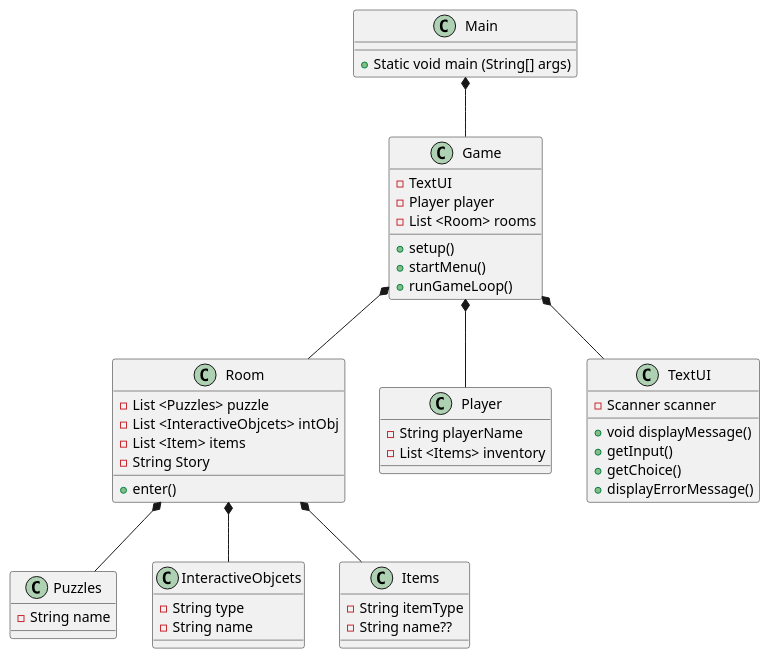
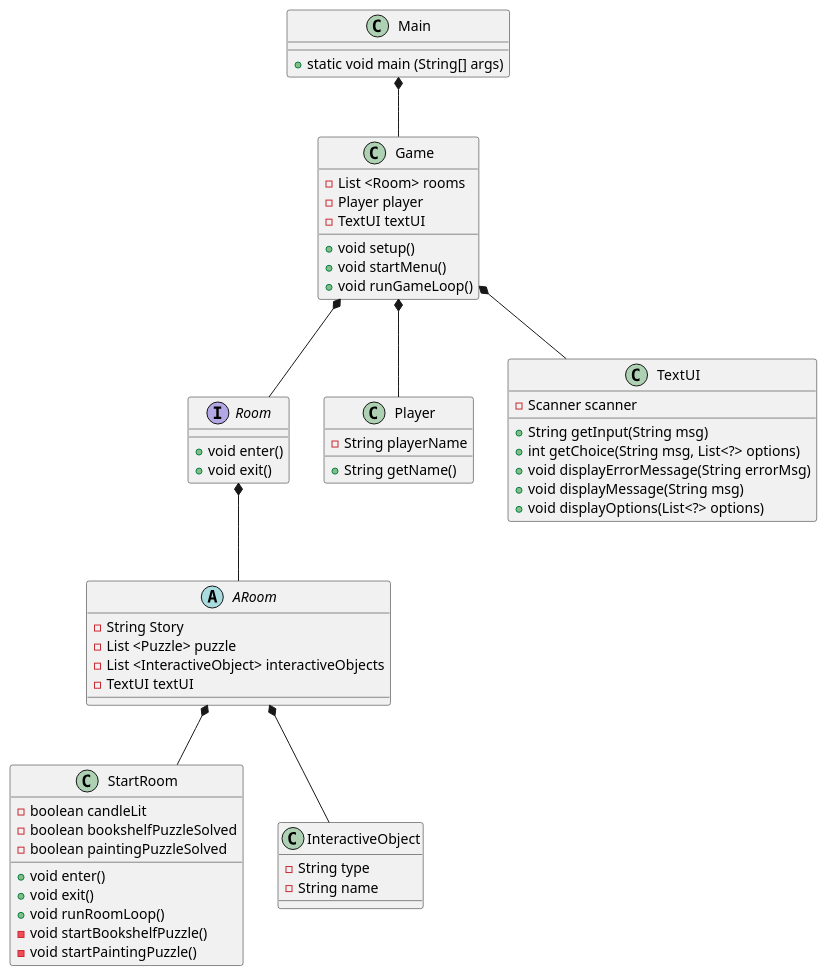
Before and after one commit to Shiihon/ICEProject: the diagram in doc/Classediagram.puml, drawn with PlantUML.

```diff
--- a/doc/Classediagram.puml
+++ b/doc/Classediagram.puml
@@ -1,67 +1,70 @@
 @startuml
 class Main
 class Game
-class Room
+interface Room
+abstract class ARoom
+class StartRoom
 class Player
-class TextUI
-class Puzzles
-class InteractiveObjcets
-class Items
+class InteractiveObject
 
+
+Main : + static void main (String[] args)
 
 
 Main *--Game
 Game *-- Room
 Game *-- Player
-Room *-- Puzzles
-Room *-- InteractiveObjcets
 Game *-- TextUI
-Room *-- Items
+Room *-- ARoom
+ARoom *-- StartRoom
+ARoom *-- InteractiveObject
 
 
+Game : - List <Room> rooms
+Game : - Player player
+Game : - TextUI textUI
 
-Main : + Static void main (String[] args)
-
-Game : - TextUI
-Game : - Player player
-Game : - List <Room> rooms
-Game : + setup()
-Game : + startMenu()
-Game : + runGameLoop()
+Game : + void setup()
+Game : + void startMenu()
+Game : + void runGameLoop()
 
 
-Room : - List <Puzzles> puzzle
-Room : - List <InteractiveObjcets> intObj
-Room : - List <Item> items
-Room : - String Story
-Room : + enter()
+Room : + void enter()
+Room : + void exit()
+
+
+ARoom : - String Story
+ARoom : - List <Puzzle> puzzle
+ARoom : - List <InteractiveObject> interactiveObjects
+ARoom : - TextUI textUI
+
+
+StartRoom : - boolean candleLit
+StartRoom : - boolean bookshelfPuzzleSolved
+StartRoom : - boolean paintingPuzzleSolved
+
+StartRoom : + void enter()
+StartRoom : + void exit()
+StartRoom : + void runRoomLoop()
+StartRoom : - void startBookshelfPuzzle()
+StartRoom : - void startPaintingPuzzle()
+
 
 Player : - String playerName
-Player : - List <Items> inventory
+
+Player : + String getName()
+
 
 TextUI : - Scanner scanner
-TextUI : + void displayMessage()
-TextUI : + getInput()
-TextUI : + getChoice()
-TextUI : + displayErrorMessage()
+
+TextUI : + String getInput(String msg)
+TextUI : + int getChoice(String msg, List<?> options)
+TextUI : + void displayErrorMessage(String errorMsg)
+TextUI : + void displayMessage(String msg)
+TextUI : + void displayOptions(List<?> options)
 
 
-Puzzles : - String name
-
-InteractiveObjcets : - String type
-InteractiveObjcets : - String name
-
-Items : - String itemType
-Items : - String name??
-
-
-
-
-
-
-
-
-
-
+InteractiveObject : - String type
+InteractiveObject : - String name
 
 @enduml
```
